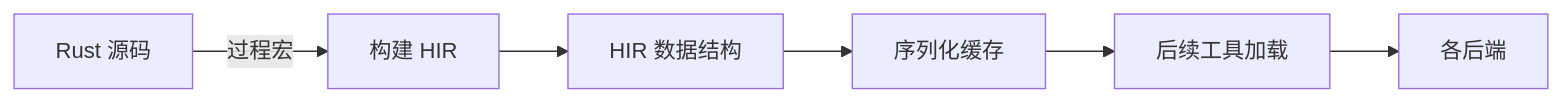
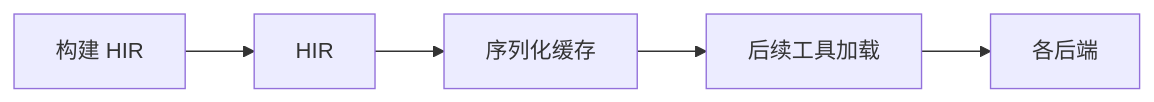
Before and after one commit to TangCan/bitloom: the fifth of 19 diagrams in docs/requirements/13. 工具链与后端.md, drawn with Mermaid. The commit also changed other lines of this file and 17 other files, not shown here.

````diff
--- a/docs/requirements/13. 工具链与后端.md
+++ b/docs/requirements/13. 工具链与后端.md
@@ -151,9 +172,7 @@
 ```mermaid
 flowchart LR
-    RustSrc[Rust 源码] -->|过程宏| HIR_Build[构建 HIR]
-    HIR_Build --> HIR[HIR 数据结构]
+    HIR_Build[构建 HIR] --> HIR[HIR]
     HIR --> Serialize[序列化缓存]
     Serialize --> Load[后续工具加载]
     Load --> Backends[各后端]
-
 ```
````
